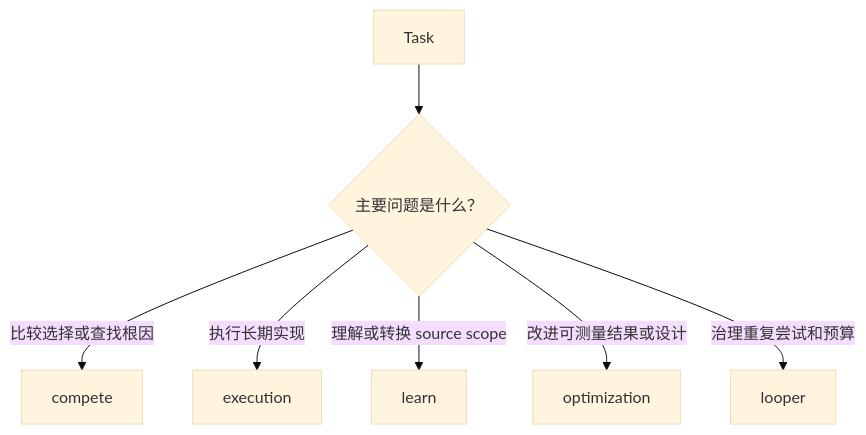
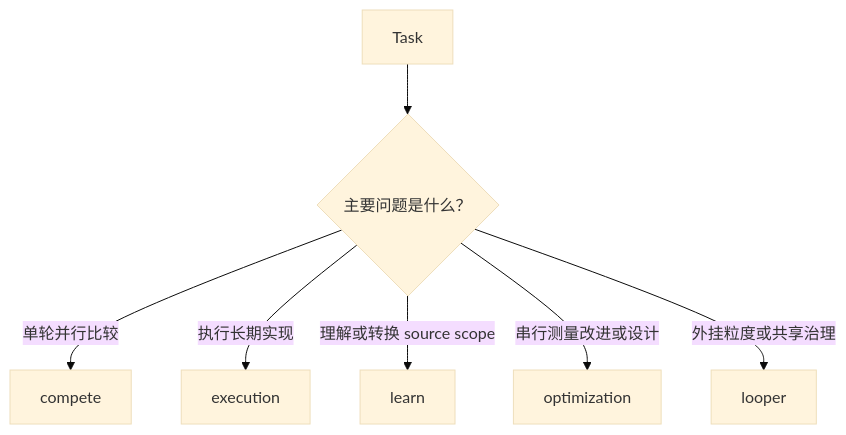
The diagram in docs/skill-selection.zh-CN.md (0xenzyme/b3ehive), drawn with Mermaid (base theme) before and after one commit. The commit also changed other lines of this file and 25 other files, not shown here.

````diff
--- a/docs/skill-selection.zh-CN.md
+++ b/docs/skill-selection.zh-CN.md
@@ -8,9 +8,9 @@
 ```mermaid
 flowchart TD
     A[Task] --> B{主要问题是什么？}
-    B -->|比较选择或查找根因| C[compete]
+    B -->|单轮并行比较| C[compete]
     B -->|执行长期实现| D[execution]
     B -->|理解或转换 source scope| E[learn]
-    B -->|改进可测量结果或设计| F[optimization]
-    B -->|治理重复尝试和预算| G[looper]
+    B -->|串行测量改进或设计| F[optimization]
+    B -->|外挂粒度或共享治理| G[looper]
 ```
````
